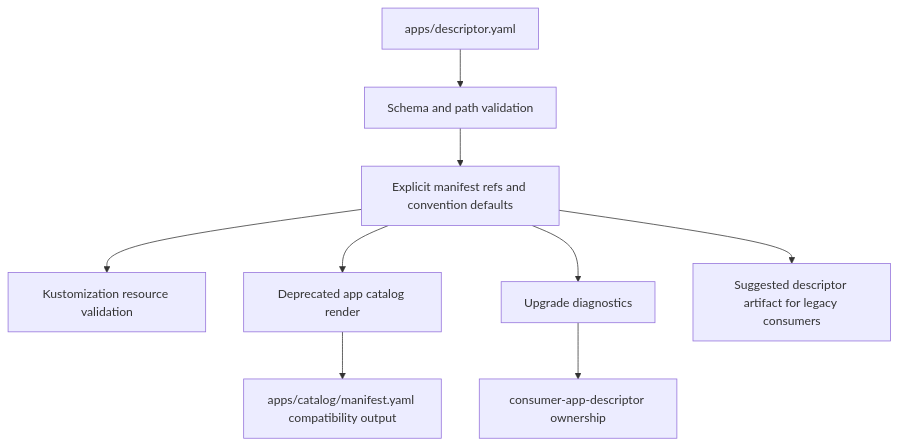
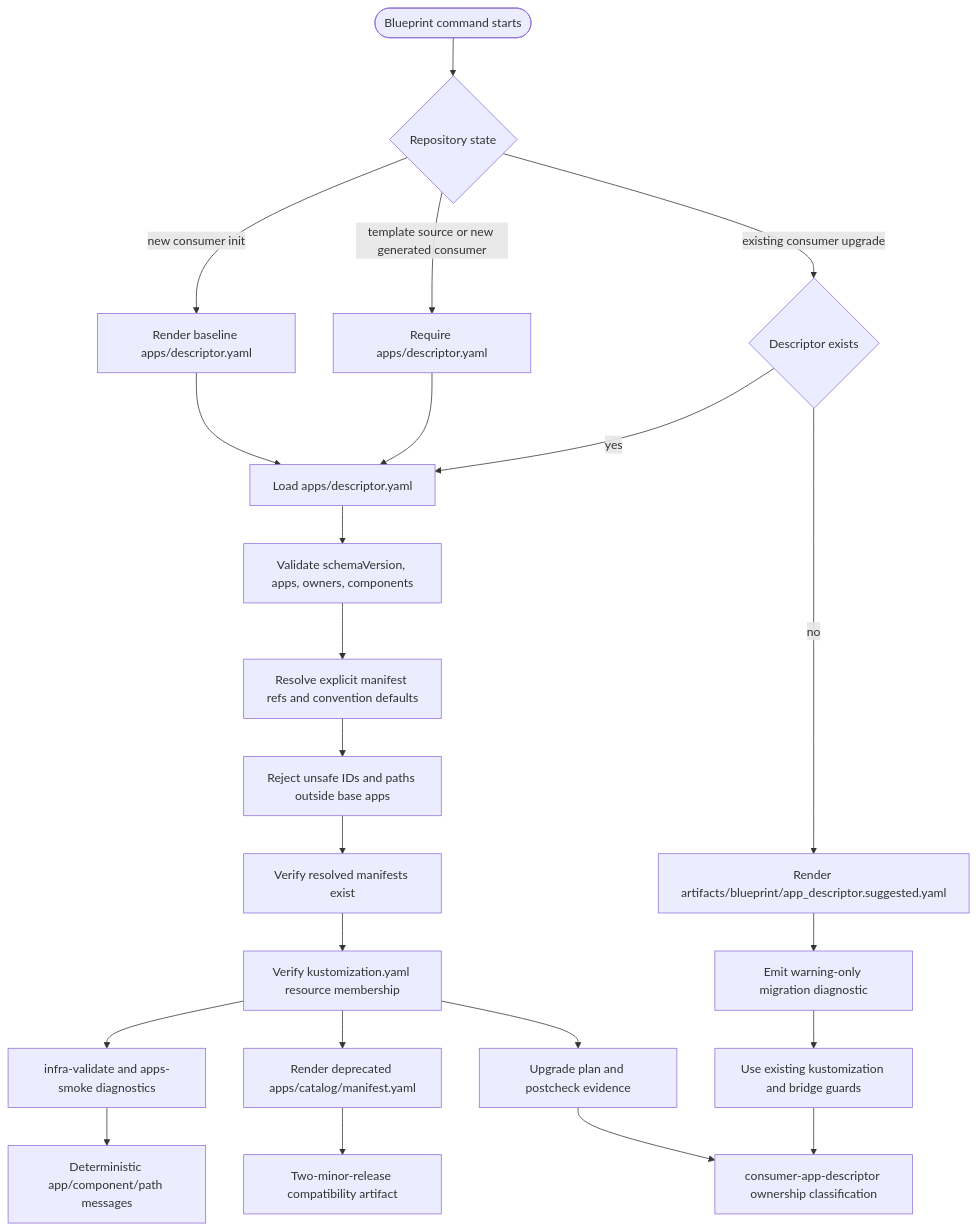
One commit to sbonoc/stackit-platform-blueprint changed the diagram in docs/blueprint/architecture/decisions/ADR-2026-04-27-consumer-app-descriptor.md. Above: the diagram before and after it, drawn with Mermaid. The commit also changed other lines of this file, not shown here.

Commit message:
docs(consumer-app-descriptor): expand ADR flow details

````diff
--- a/docs/blueprint/architecture/decisions/ADR-2026-04-27-consumer-app-descriptor.md
+++ b/docs/blueprint/architecture/decisions/ADR-2026-04-27-consumer-app-descriptor.md
@@ -32,11 +80,31 @@
 ```mermaid
 flowchart TD
-    A[apps/descriptor.yaml] --> B[Schema and path validation]
-    B --> C[Explicit manifest refs and convention defaults]
-    C --> D[Kustomization resource validation]
-    C --> E[Deprecated app catalog render]
-    C --> F[Upgrade diagnostics]
-    C --> I[Suggested descriptor artifact for legacy consumers]
-    E --> G[apps/catalog/manifest.yaml compatibility output]
-    F --> H[consumer-app-descriptor ownership]
+    Start([Blueprint command starts]) --> Mode{Repository state}
+
+    Mode -->|new consumer init| Seed[Render baseline apps/descriptor.yaml]
+    Mode -->|template source or new generated consumer| Require[Require apps/descriptor.yaml]
+    Mode -->|existing consumer upgrade| Exists{Descriptor exists}
+
+    Exists -->|yes| Load[Load apps/descriptor.yaml]
+    Exists -->|no| Suggest[Render artifacts/blueprint/app_descriptor.suggested.yaml]
+    Suggest --> Warn[Emit warning-only migration diagnostic]
+    Warn --> LegacyFallback[Use existing kustomization and bridge guards]
+
+    Seed --> Load
+    Require --> Load
+
+    Load --> Schema[Validate schemaVersion, apps, owners, components]
+    Schema --> Resolve[Resolve explicit manifest refs and convention defaults]
+    Resolve --> Safety[Reject unsafe IDs and paths outside base apps]
+    Safety --> Files[Verify resolved manifests exist]
+    Files --> Kustomize[Verify kustomization.yaml resource membership]
+
+    Kustomize --> Runtime[infra-validate and apps-smoke diagnostics]
+    Kustomize --> Catalog[Render deprecated apps/catalog/manifest.yaml]
+    Kustomize --> Upgrade[Upgrade plan and postcheck evidence]
+
+    Runtime --> Evidence[Deterministic app/component/path messages]
+    Catalog --> Compat[Two-minor-release compatibility artifact]
+    Upgrade --> Ownership[consumer-app-descriptor ownership classification]
+    LegacyFallback --> Ownership
 ```
````
